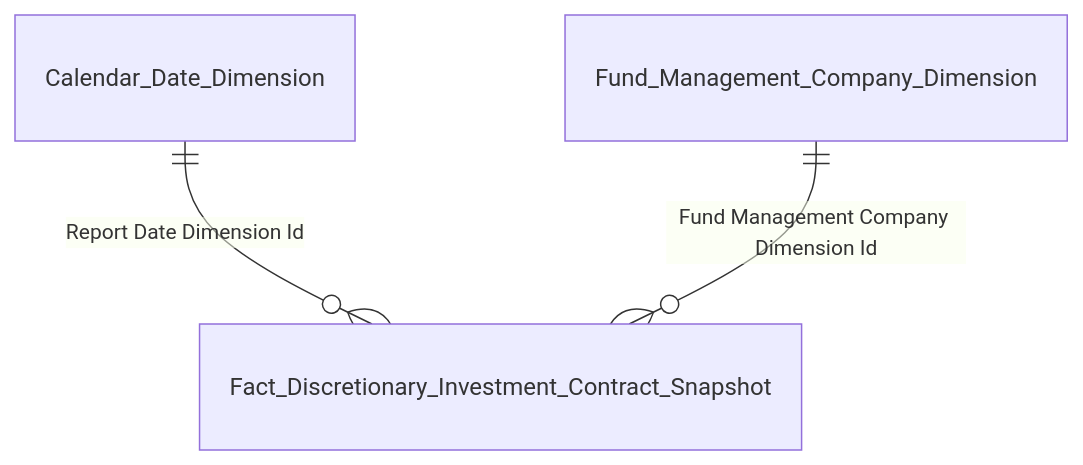
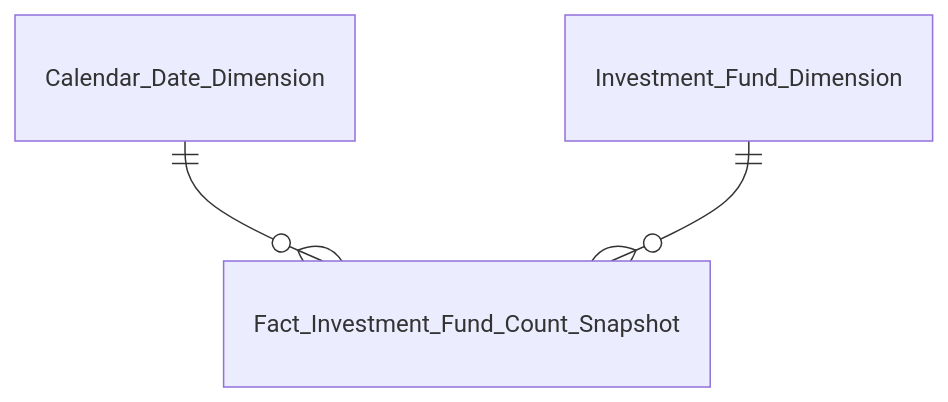
Before and after one commit to linhlvit/ubck_atomic_design: the third of 9 diagrams in Datamart/hld/DTM_QLQ_Entities.md, drawn with Mermaid. The commit also changed other lines of this file and 28 other files, not shown here.

Commit message:
feat(qlq): add LLD detail mapping, 23 entity table schemas, update HLD, sync datamart model and attributes

````diff
--- a/Datamart/hld/DTM_QLQ_Entities.md
+++ b/Datamart/hld/DTM_QLQ_Entities.md
@@ -21,5 +64,5 @@
 ```mermaid
 erDiagram
-    Calendar_Date_Dimension ||--o{ Fact_Discretionary_Investment_Contract_Snapshot : "Report Date Dimension Id"
-    Fund_Management_Company_Dimension ||--o{ Fact_Discretionary_Investment_Contract_Snapshot : "Fund Management Company Dimension Id"
+    Calendar_Date_Dimension ||--o{ Fact_Investment_Fund_Count_Snapshot : " "
+    Investment_Fund_Dimension ||--o{ Fact_Investment_Fund_Count_Snapshot : " "
 ```
````
